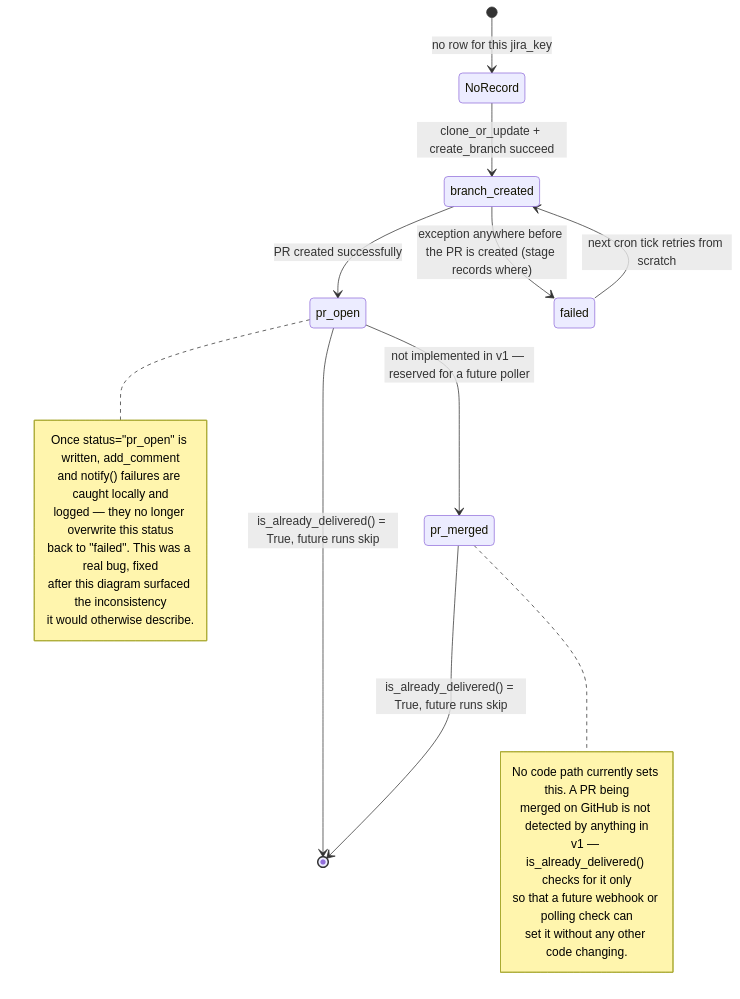
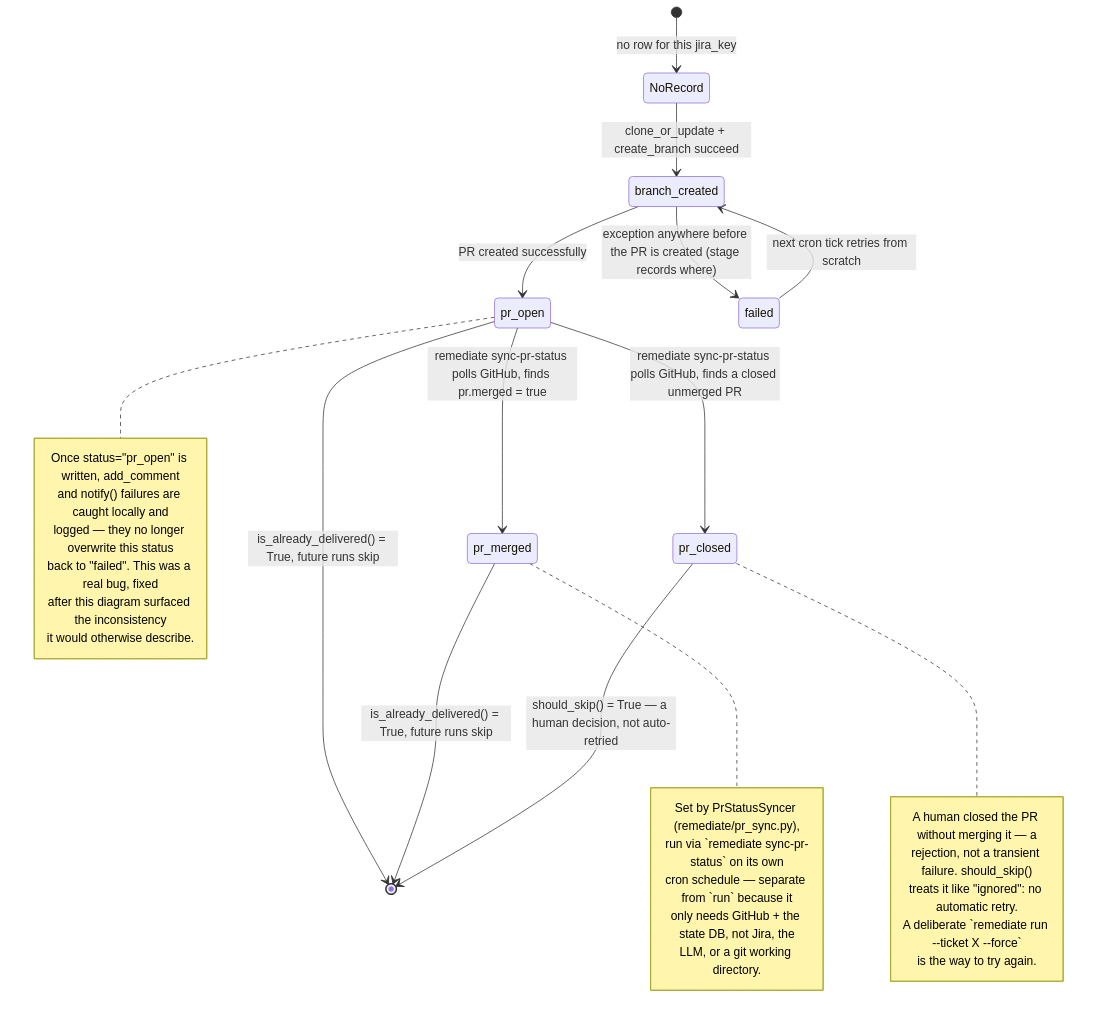
One commit to roberjo/ticket-remediation changed the third of 3 diagrams in docs/architecture/05-data-and-state-model.md. Above: the diagram before and after it, drawn with Mermaid. The commit also changed other lines of this file and 11 other files, not shown here.

First line of the commit message:
Roadmap R-03: detect PR merges via a new sync-pr-status command

````diff
--- a/docs/architecture/05-data-and-state-model.md
+++ b/docs/architecture/05-data-and-state-model.md
@@ -90,28 +90,38 @@
 ```mermaid
 stateDiagram-v2
     [*] --> NoRecord : no row for this jira_key
     NoRecord --> branch_created : clone_or_update + create_branch succeed
     branch_created --> pr_open : PR created successfully
     branch_created --> failed : exception anywhere before the PR is created (stage records where)
     failed --> branch_created : next cron tick retries from scratch
-    pr_open --> pr_merged : not implemented in v1 — reserved for a future poller
+    pr_open --> pr_merged : remediate sync-pr-status polls GitHub, finds pr.merged = true
+    pr_open --> pr_closed : remediate sync-pr-status polls GitHub, finds a closed unmerged PR
     pr_open --> [*] : is_already_delivered() = True, future runs skip
     pr_merged --> [*] : is_already_delivered() = True, future runs skip
+    pr_closed --> [*] : should_skip() = True — a human decision, not auto-retried
 
     note right of pr_open
         Once status="pr_open" is written, add_comment
         and notify() failures are caught locally and
         logged — they no longer overwrite this status
         back to "failed". This was a real bug, fixed
         after this diagram surfaced the inconsistency
         it would otherwise describe.
     end note
 
     note right of pr_merged
-        No code path currently sets this. A PR being
-        merged on GitHub is not detected by anything in
-        v1 — is_already_delivered() checks for it only
-        so that a future webhook or polling check can
-        set it without any other code changing.
+        Set by PrStatusSyncer (remediate/pr_sync.py),
+        run via `remediate sync-pr-status` on its own
+        cron schedule — separate from `run` because it
+        only needs GitHub + the state DB, not Jira, the
+        LLM, or a git working directory.
+    end note
+
+    note right of pr_closed
+        A human closed the PR without merging it — a
+        rejection, not a transient failure. should_skip()
+        treats it like "ignored": no automatic retry.
+        A deliberate `remediate run --ticket X --force`
+        is the way to try again.
     end note
 ```
````
